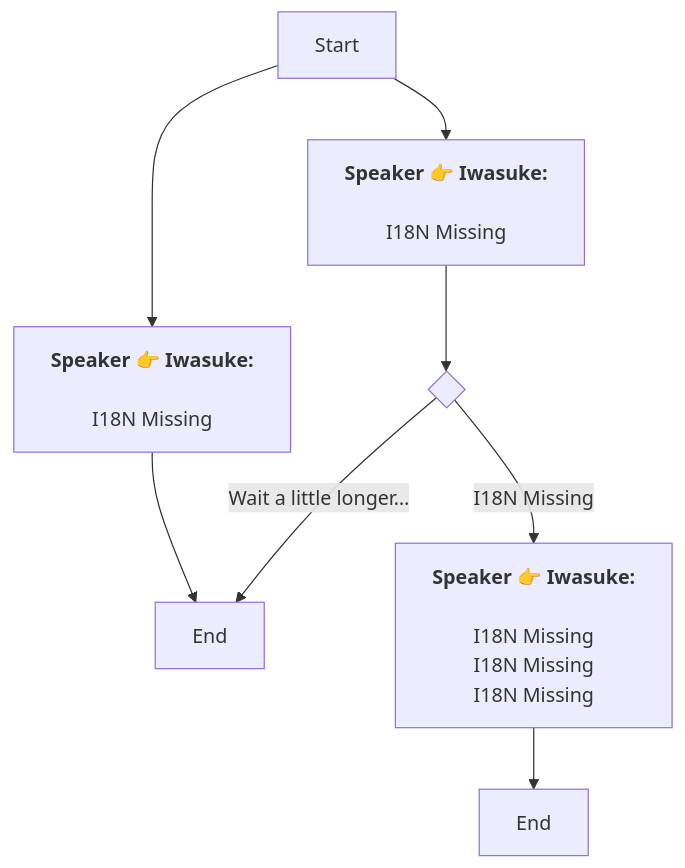
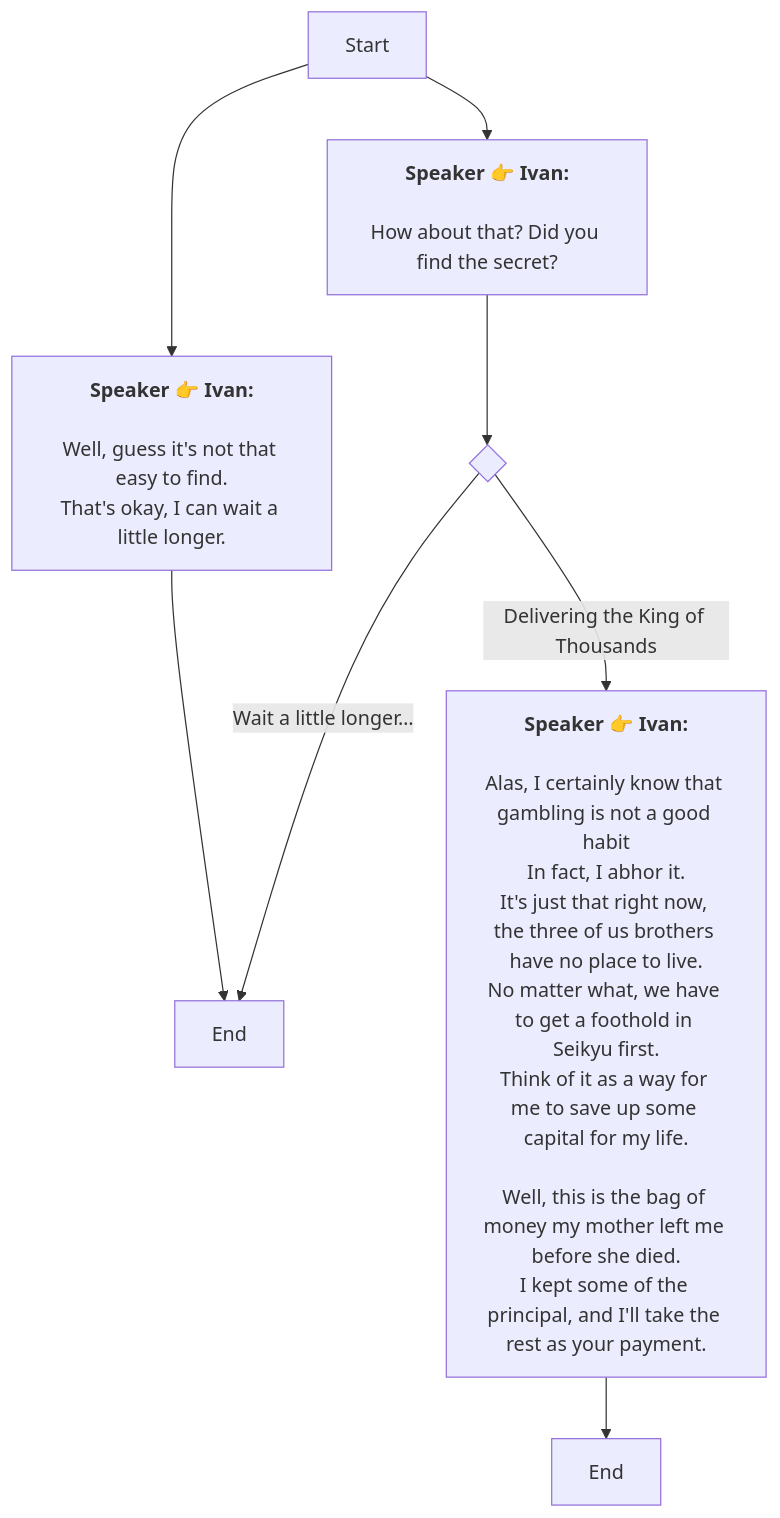
One commit to SoftHu/tos_avg changed the diagram in En/QuestNPCDeliveryENode_1757642703839824.md. Above: the diagram before and after it, drawn with Mermaid. The commit also changed 297 other files, not shown here.

````diff
--- a/En/QuestNPCDeliveryENode_1757642703839824.md
+++ b/En/QuestNPCDeliveryENode_1757642703839824.md
@@ -1,19 +1,25 @@
 ```mermaid
 graph
-Start -->1757644112100949[<b>Speaker 👉 Iwasuke:</b>
+Start -->1757644112100949[<b>Speaker 👉 Ivan:</b>
 
-I18N Missing]
-Start -->1758965346551393[<b>Speaker 👉 Iwasuke:</b>
+How about that? Did you find the secret?]
+Start -->1758965346551393[<b>Speaker 👉 Ivan:</b>
 
-I18N Missing]
+Well, guess it's not that easy to find.
+That's okay, I can wait a little longer.]
 1757644112100949 -->1758965493632610{ }
 1758965493632610 -->|Wait a little longer…|1758965664639592[End]
-1758965493632610 -->|I18N Missing|1761712739136848[<b>Speaker 👉 Iwasuke:</b>
+1758965493632610 -->|Delivering the King of Thousands|1761712739136848[<b>Speaker 👉 Ivan:</b>
 
-I18N Missing
-I18N Missing
-I18N Missing]
+Alas, I certainly know that gambling is not a good habit
+In fact, I abhor it.
+It's just that right now, the three of us brothers have no place to live.
+No matter what, we have to get a foothold in Seikyu first.
+Think of it as a way for me to save up some capital for my life.
+
+Well, this is the bag of money my mother left me before she died.
+I kept some of the principal, and I'll take the rest as your payment.]
 1761712739136848 -->1758965658151527[End]
 1758965346551393 -->1758965664639592[End]
 
  ```
````
